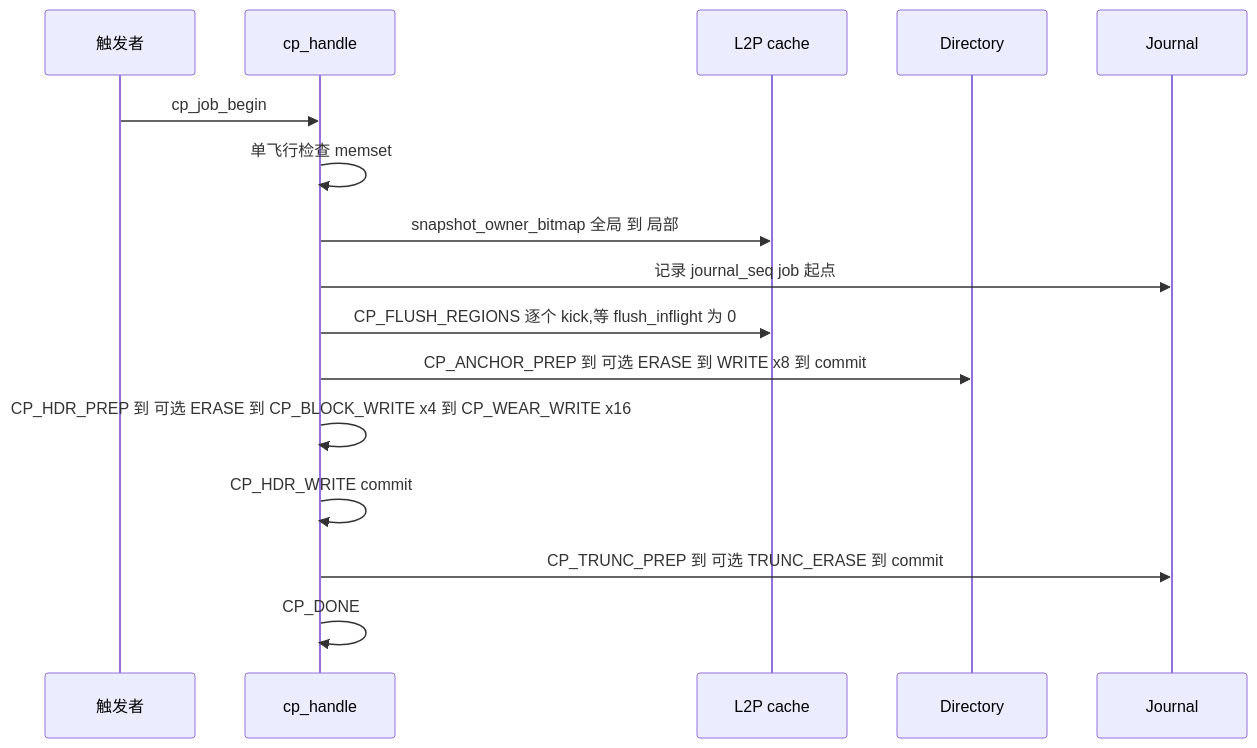
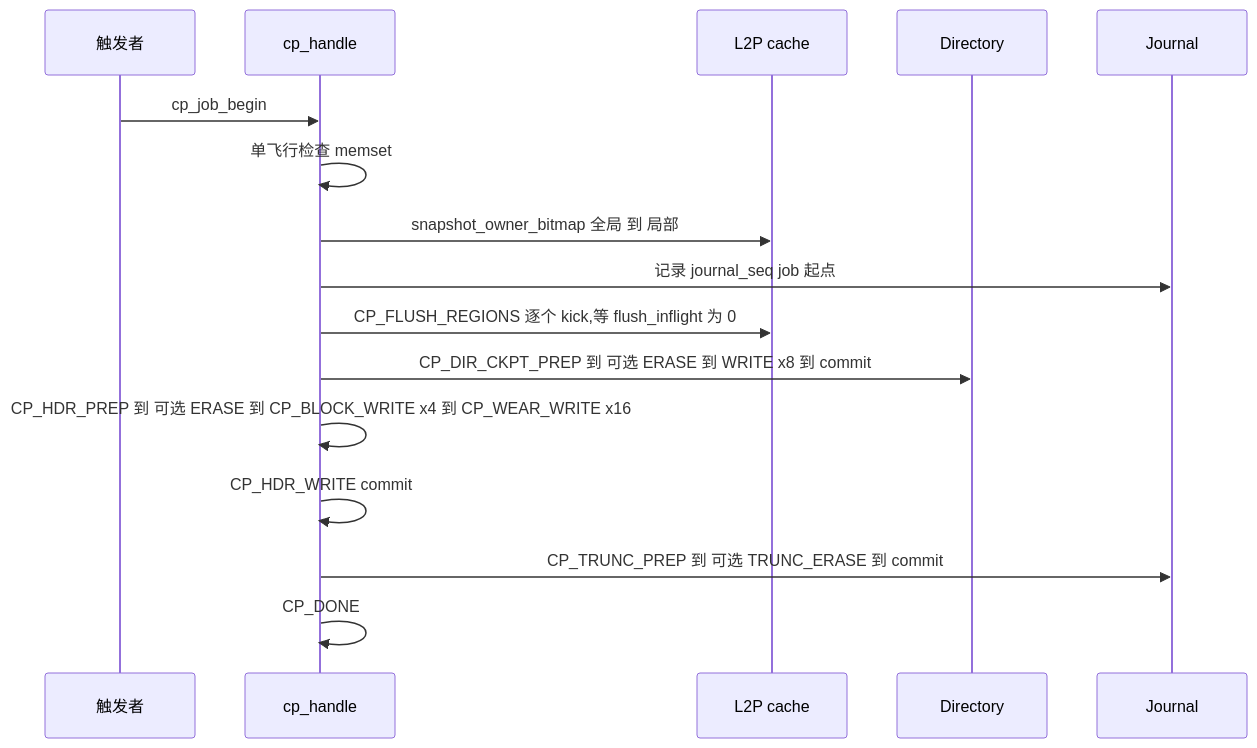
One commit to YzYMIAO/BASESSD changed diagram 31 of 34 in docs/design/ftl_design.md. Above: the diagram before and after it, drawn with Mermaid. The commit also changed other lines of this file and 45 other files, not shown here.

````diff
--- a/docs/design/ftl_design.md
+++ b/docs/design/ftl_design.md
@@ -4602,19 +4604,19 @@
 ```mermaid
 sequenceDiagram
     participant T as 触发者
     participant CP as cp_handle
     participant L as L2P cache
     participant D as Directory
     participant J as Journal
 
     T->>CP: cp_job_begin
     CP->>CP: 单飞行检查 memset
     CP->>L: snapshot_owner_bitmap 全局 到 局部
     CP->>J: 记录 journal_seq job 起点
     CP->>L: CP_FLUSH_REGIONS 逐个 kick,等 flush_inflight 为 0
-    CP->>D: CP_ANCHOR_PREP 到 可选 ERASE 到 WRITE x8 到 commit
+    CP->>D: CP_DIR_CKPT_PREP 到 可选 ERASE 到 WRITE x8 到 commit
     CP->>CP: CP_HDR_PREP 到 可选 ERASE 到 CP_BLOCK_WRITE x4 到 CP_WEAR_WRITE x16
     CP->>CP: CP_HDR_WRITE commit
     CP->>J: CP_TRUNC_PREP 到 可选 TRUNC_ERASE 到 commit
     CP->>CP: CP_DONE
 ```
````
